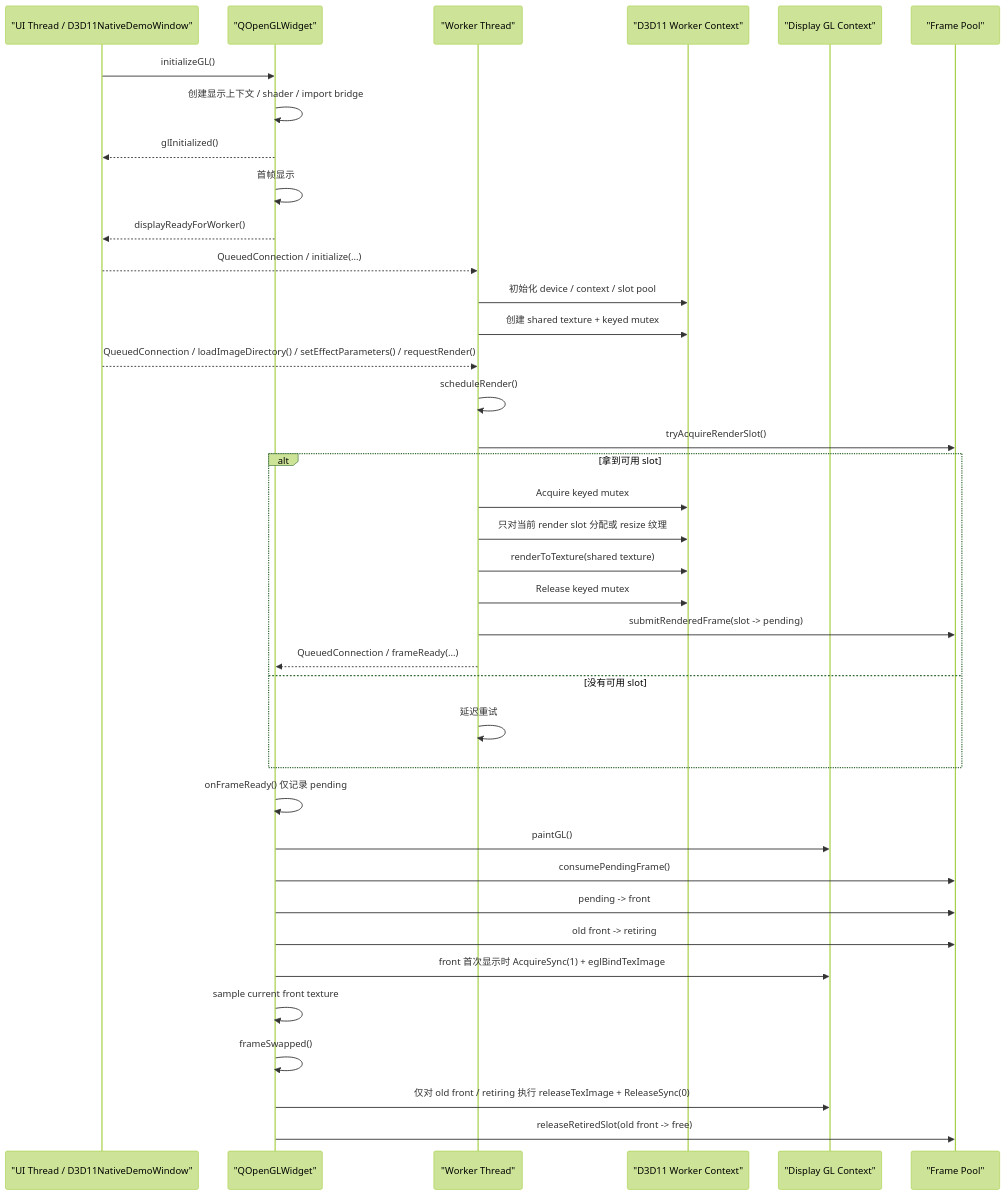
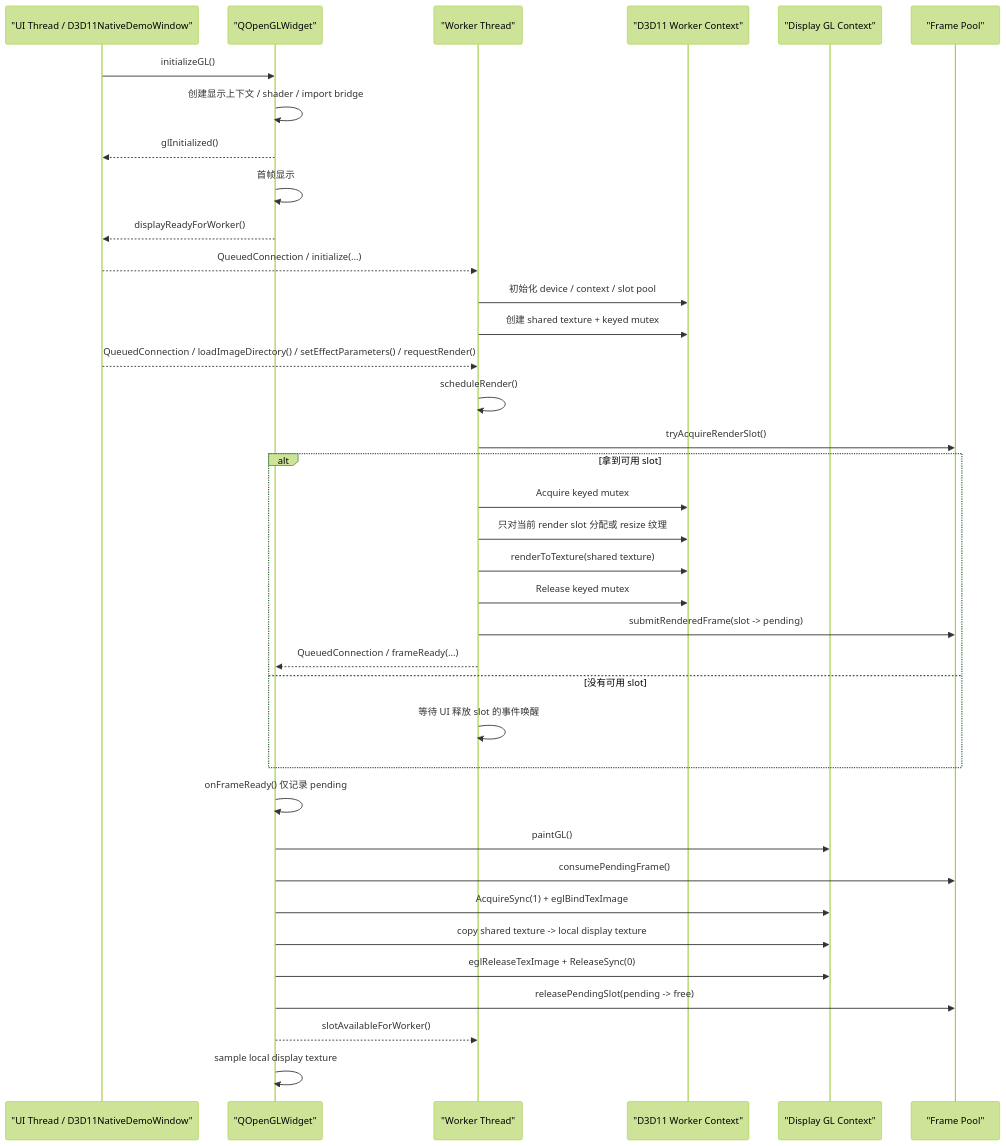
One commit to Peranger1/Gles2AsyncRender changed the diagram in README.md. Above: the diagram before and after it, drawn with Mermaid (forest theme). The commit also changed other lines of this file and 11 other files, not shown here.

Commit message:
Implement phase 3 slot handoff flow

````diff
--- a/README.md
+++ b/README.md
@@ -104,46 +105,45 @@
 ```mermaid
 sequenceDiagram
     participant UI as "UI Thread / D3D11NativeDemoWindow"
     participant Widget as "QOpenGLWidget"
     participant Worker as "Worker Thread"
     participant D3D as "D3D11 Worker Context"
     participant GL as "Display GL Context"
     participant Pool as "Frame Pool"
 
     UI->>Widget: initializeGL()
     Widget->>Widget: 创建显示上下文 / shader / import bridge
     Widget-->>UI: glInitialized()
 
     Widget->>Widget: 首帧显示
     Widget-->>UI: displayReadyForWorker()
 
     UI-->>Worker: QueuedConnection / initialize(...)
     Worker->>D3D: 初始化 device / context / slot pool
     Worker->>D3D: 创建 shared texture + keyed mutex
 
     UI-->>Worker: QueuedConnection / loadImageDirectory() / setEffectParameters() / requestRender()
     Worker->>Worker: scheduleRender()
     Worker->>Pool: tryAcquireRenderSlot()
 
     alt 拿到可用 slot
         Worker->>D3D: Acquire keyed mutex
         Worker->>D3D: 只对当前 render slot 分配或 resize 纹理
         Worker->>D3D: renderToTexture(shared texture)
         Worker->>D3D: Release keyed mutex
         Worker->>Pool: submitRenderedFrame(slot -> pending)
         Worker-->>Widget: QueuedConnection / frameReady(...)
     else 没有可用 slot
-        Worker->>Worker: 延迟重试
+        Worker->>Worker: 等待 UI 释放 slot 的事件唤醒
     end
 
     Widget->>Widget: onFrameReady() 仅记录 pending
     Widget->>GL: paintGL()
     Widget->>Pool: consumePendingFrame()
-    Widget->>Pool: pending -> front
-    Widget->>Pool: old front -> retiring
-    Widget->>GL: front 首次显示时 AcquireSync(1) + eglBindTexImage
-    Widget->>Widget: sample current front texture
-    Widget->>Widget: frameSwapped()
-    Widget->>GL: 仅对 old front / retiring 执行 releaseTexImage + ReleaseSync(0)
-    Widget->>Pool: releaseRetiredSlot(old front -> free)
+    Widget->>GL: AcquireSync(1) + eglBindTexImage
+    Widget->>GL: copy shared texture -> local display texture
+    Widget->>GL: eglReleaseTexImage + ReleaseSync(0)
+    Widget->>Pool: releasePendingSlot(pending -> free)
+    Widget-->>Worker: slotAvailableForWorker()
+    Widget->>Widget: sample local display texture
 ```
````
